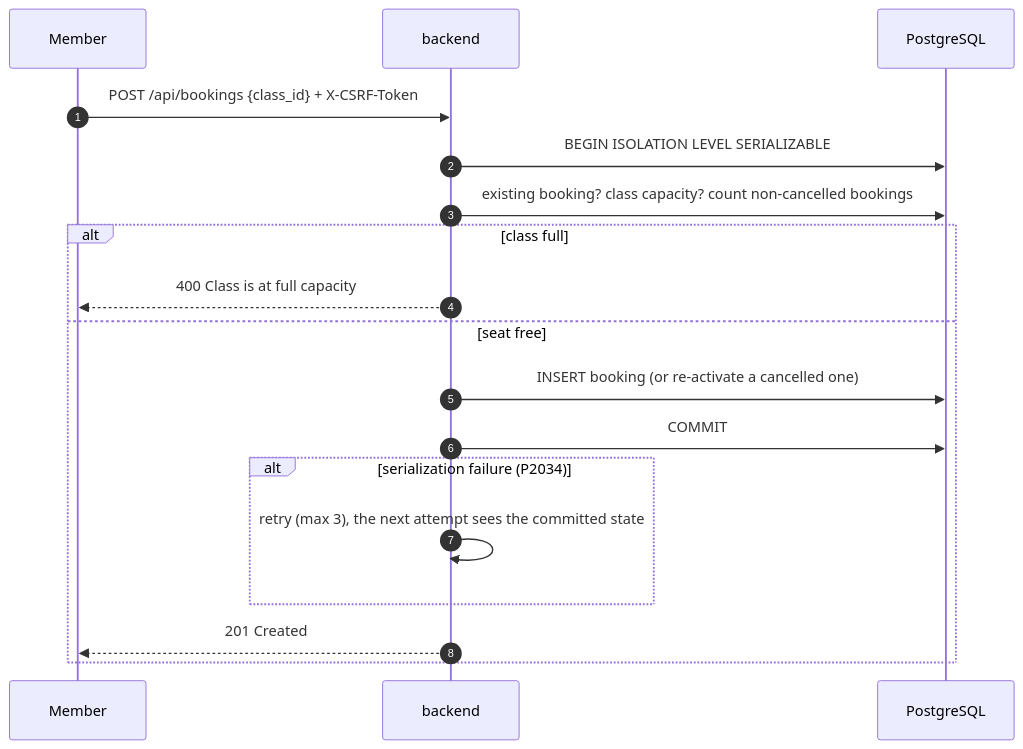
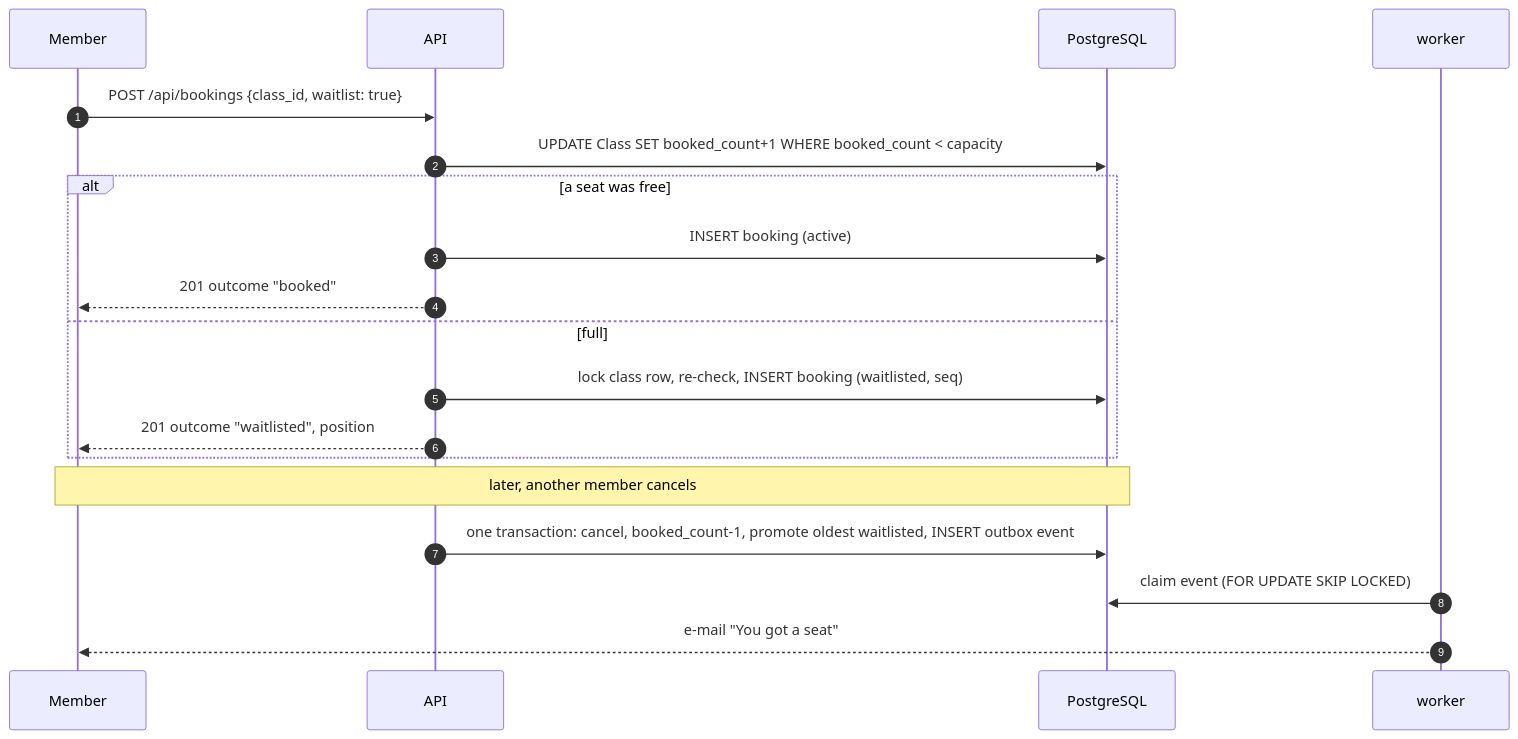
Before and after one commit to Phongasfd/gym-management: the second of 3 diagrams in README.md, drawn with Mermaid. The commit also changed other lines of this file and 146 other files, not shown here.

````diff
--- a/README.md
+++ b/README.md
@@ -74,20 +82,21 @@
 ```mermaid
 sequenceDiagram
     autonumber
     participant M as Member
-    participant API as backend
+    participant API as API
     participant DB as PostgreSQL
-    M->>API: POST /api/bookings {class_id} + X-CSRF-Token
-    API->>DB: BEGIN ISOLATION LEVEL SERIALIZABLE
-    API->>DB: existing booking? class capacity? count non-cancelled bookings
-    alt class full
-        API-->>M: 400 Class is at full capacity
-    else seat free
-        API->>DB: INSERT booking (or re-activate a cancelled one)
-        API->>DB: COMMIT
-        alt serialization failure (P2034)
-            API->>API: retry (max 3), the next attempt sees the committed state
-        end
-        API-->>M: 201 Created
+    participant W as worker
+    M->>API: POST /api/bookings {class_id, waitlist: true}
+    API->>DB: UPDATE Class SET booked_count+1 WHERE booked_count < capacity
+    alt a seat was free
+        API->>DB: INSERT booking (active)
+        API-->>M: 201 outcome "booked"
+    else full
+        API->>DB: lock class row, re-check, INSERT booking (waitlisted, seq)
+        API-->>M: 201 outcome "waitlisted", position #n
     end
+    Note over M,DB: later, another member cancels
+    API->>DB: one transaction: cancel, booked_count-1, promote oldest waitlisted, INSERT outbox event
+    W->>DB: claim event (FOR UPDATE SKIP LOCKED)
+    W-->>M: e-mail "You got a seat"
 ```
````
